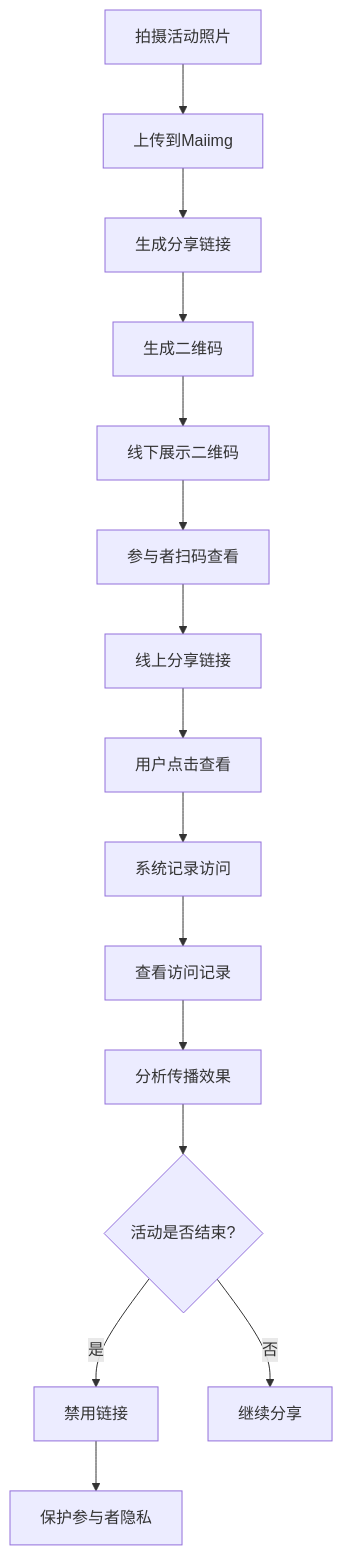
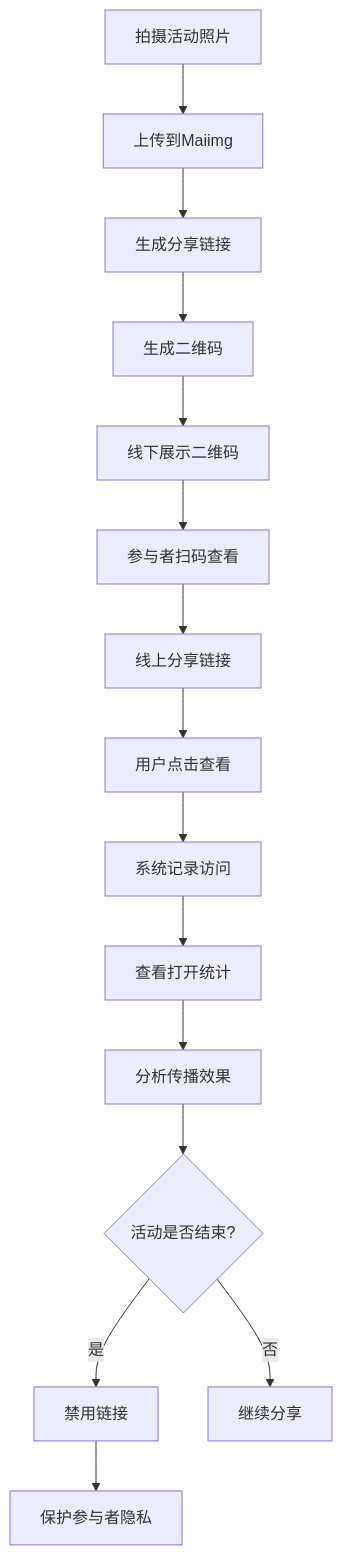
The fifth of 14 diagrams in src/content/blog/cn/maiimg-complete-workflow-guide-with-diagrams.md (mythenigma/cloudflareAstro), drawn with Mermaid before and after one commit. The commit also changed other lines of this file and 353 other files, not shown here.

````diff
--- a/src/content/blog/cn/maiimg-complete-workflow-guide-with-diagrams.md
+++ b/src/content/blog/cn/maiimg-complete-workflow-guide-with-diagrams.md
@@ -209,17 +209,17 @@
 ```mermaid
 graph TD
     A[拍摄活动照片] --> B[上传到Maiimg]
     B --> C[生成分享链接]
     C --> D[生成二维码]
     D --> E[线下展示二维码]
     E --> F[参与者扫码查看]
     F --> G[线上分享链接]
     G --> H[用户点击查看]
     H --> I[系统记录访问]
-    I --> J[查看访问记录]
+    I --> J[查看打开统计]
     J --> K[分析传播效果]
     K --> L{活动是否结束?}
     L -->|是| M[禁用链接]
     L -->|否| N[继续分享]
     M --> O[保护参与者隐私]
 ```
````
